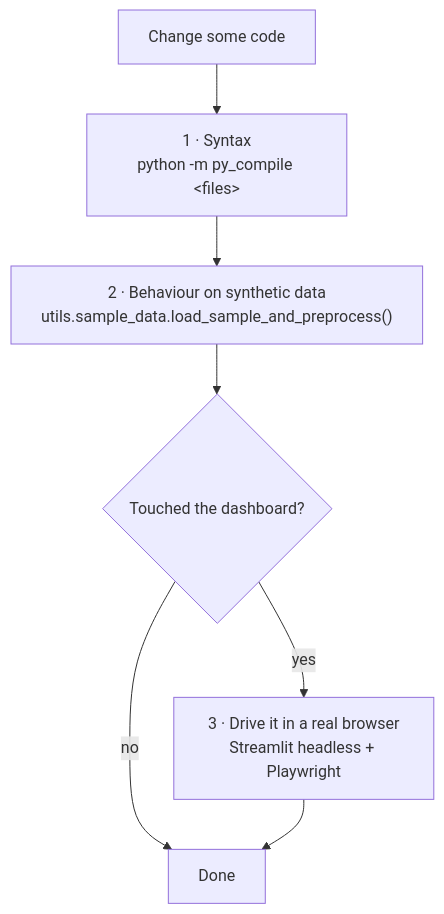
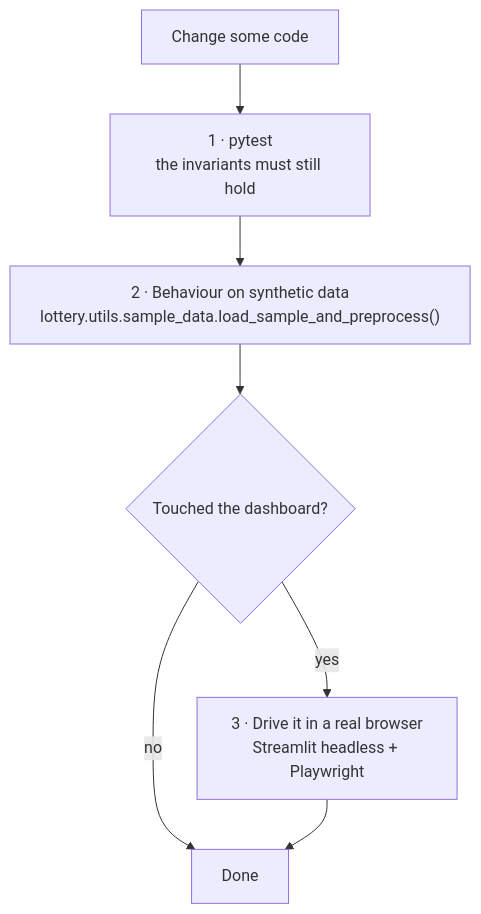
The diagram in docs/development.md (andresfelipe9619/prophet-playground), drawn with Mermaid before and after one commit. The commit also changed other lines of this file and 48 other files, not shown here.

````diff
--- a/docs/development.md
+++ b/docs/development.md
@@ -53,9 +56,9 @@
 ```mermaid
 flowchart TD
-    C["Change some code"] --> S["1 · Syntax<br/>python -m py_compile &lt;files&gt;"]
-    S --> D["2 · Behaviour on synthetic data<br/>utils.sample_data.load_sample_and_preprocess()"]
+    C["Change some code"] --> S["1 · pytest<br/>the invariants must still hold"]
+    S --> D["2 · Behaviour on synthetic data<br/>lottery.utils.sample_data.load_sample_and_preprocess()"]
     D --> U{"Touched the dashboard?"}
     U -->|"no"| DONE["Done"]
     U -->|"yes"| B["3 · Drive it in a real browser<br/>Streamlit headless + Playwright"]
     B --> DONE
 ```
````
